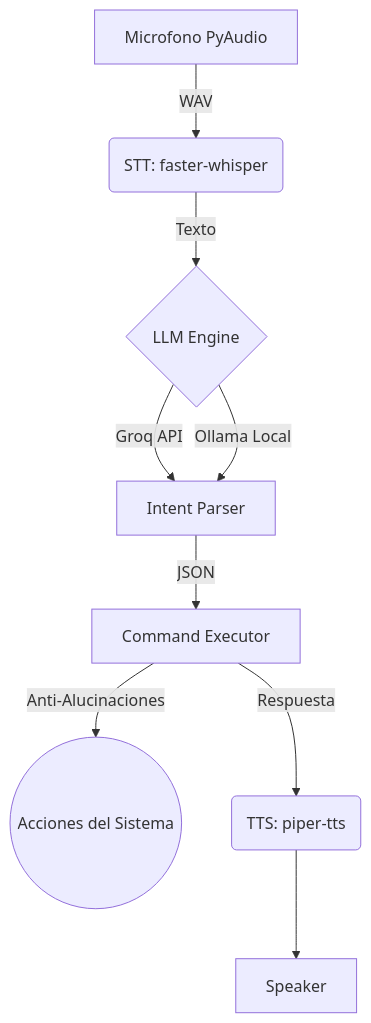
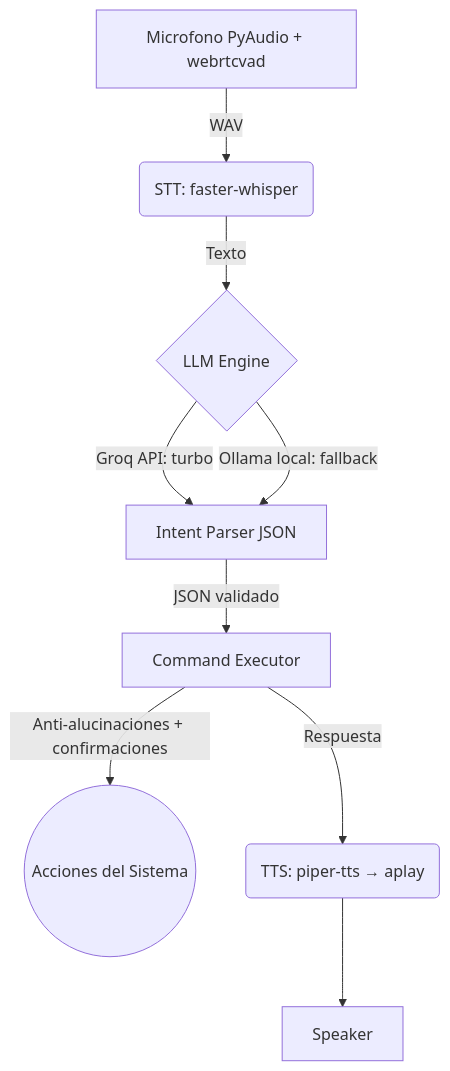
Before and after one commit to warcit0/Limits-Linux-Assistant: the diagram in README.md, drawn with Mermaid. The commit also changed other lines of this file and 17 other files, not shown here.

````diff
--- a/README.md
+++ b/README.md
@@ -24,11 +31,11 @@
 ```mermaid
 graph TD
-    A[Microfono PyAudio] -->|WAV| B(STT: faster-whisper)
+    A[Microfono PyAudio + webrtcvad] -->|WAV| B(STT: faster-whisper)
     B -->|Texto| C{LLM Engine}
-    C -->|Groq API| D[Intent Parser]
-    C -->|Ollama Local| D
-    D -->|JSON| E[Command Executor]
-    E -->|Anti-Alucinaciones| F((Acciones del Sistema))
-    E -->|Respuesta| G(TTS: piper-tts)
+    C -->|Groq API: turbo| D[Intent Parser JSON]
+    C -->|Ollama local: fallback| D
+    D -->|JSON validado| E[Command Executor]
+    E -->|Anti-alucinaciones + confirmaciones| F((Acciones del Sistema))
+    E -->|Respuesta| G(TTS: piper-tts → aplay)
     G --> H[Speaker]
 ```
````
